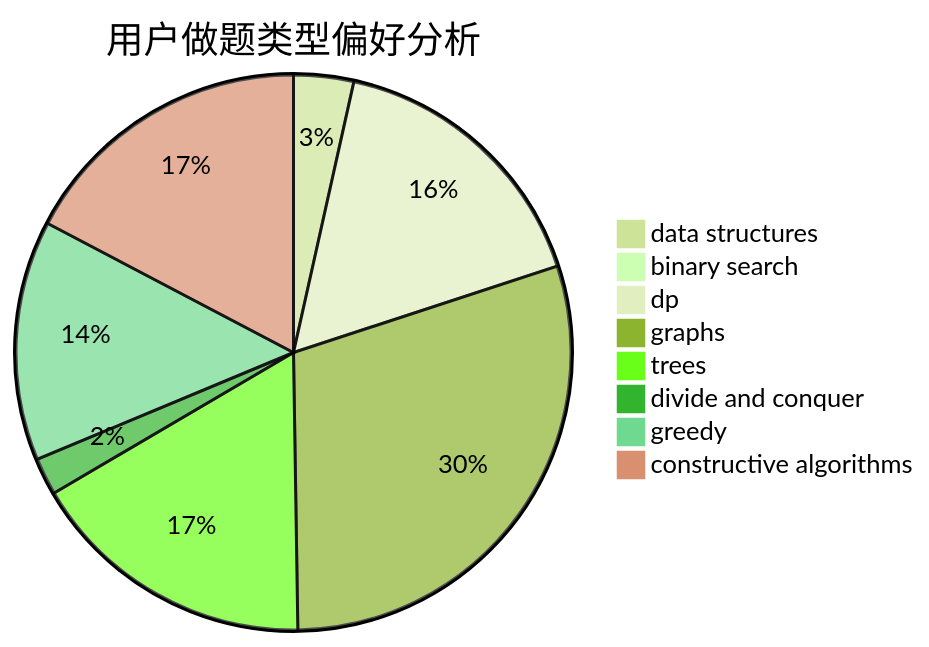
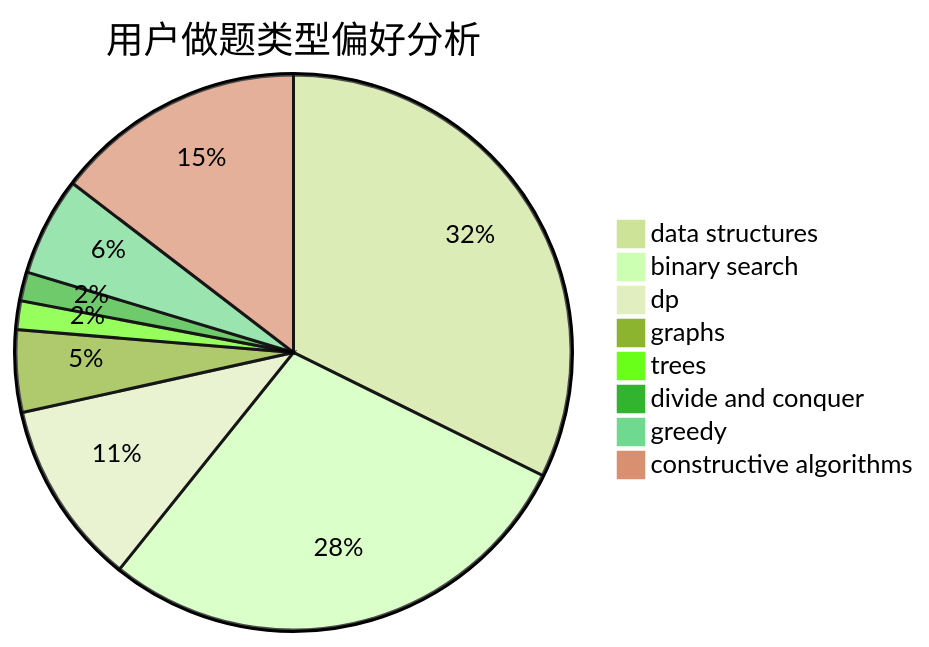
The second of 3 diagrams in docs/user/u2060.md (sherpahu/cfrs.github.io), drawn with Mermaid (forest theme) before and after one commit. The commit also changed other lines of this file and 2770 other files, not shown here.

````diff
--- a/docs/user/u2060.md
+++ b/docs/user/u2060.md
@@ -23,11 +23,11 @@
 ```mermaid
 pie title 用户做题类型偏好分析
-    "data structures" :  21
-    "binary search" :  0
-    "dp" :  99
-    "graphs" :  179
-    "trees" :  101
-    "divide and conquer" :  13
-    "greedy" :  84
-    "constructive algorithms" :  104
+    "data structures" :  135
+    "binary search" :  119
+    "dp" :  45
+    "graphs" :  20
+    "trees" :  7
+    "divide and conquer" :  7
+    "greedy" :  24
+    "constructive algorithms" :  61
 ```
````
